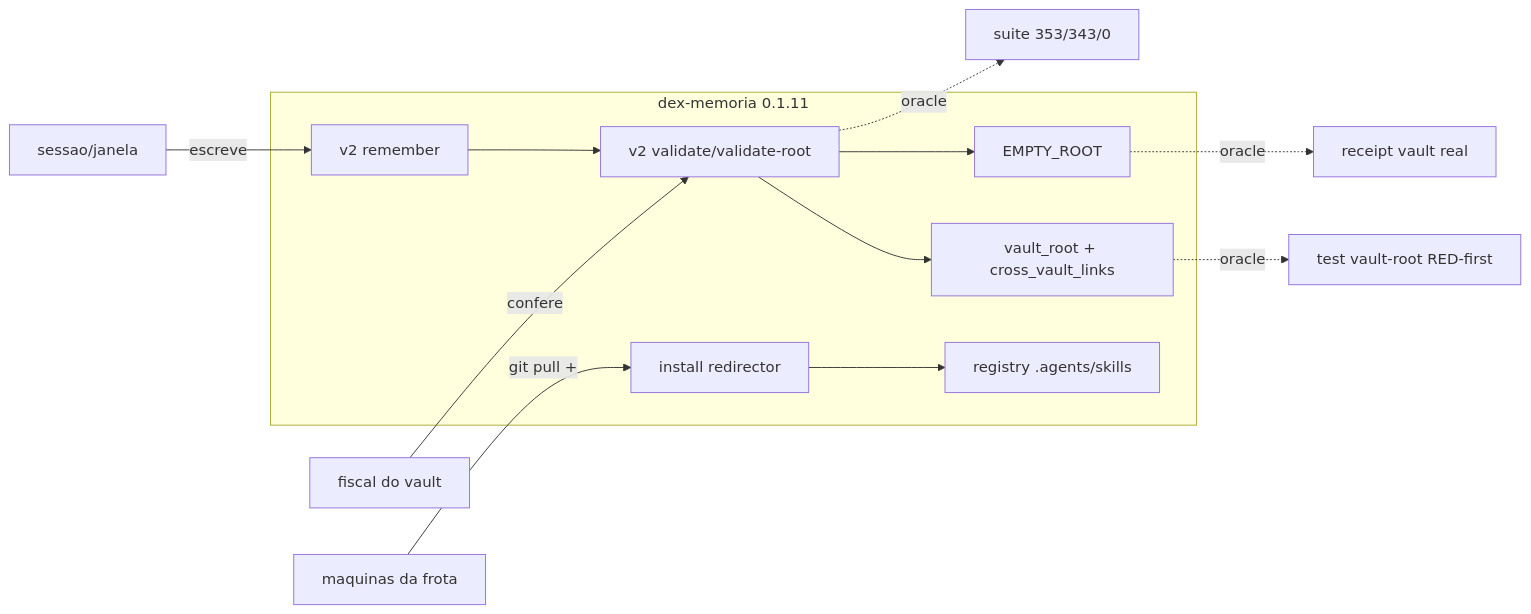
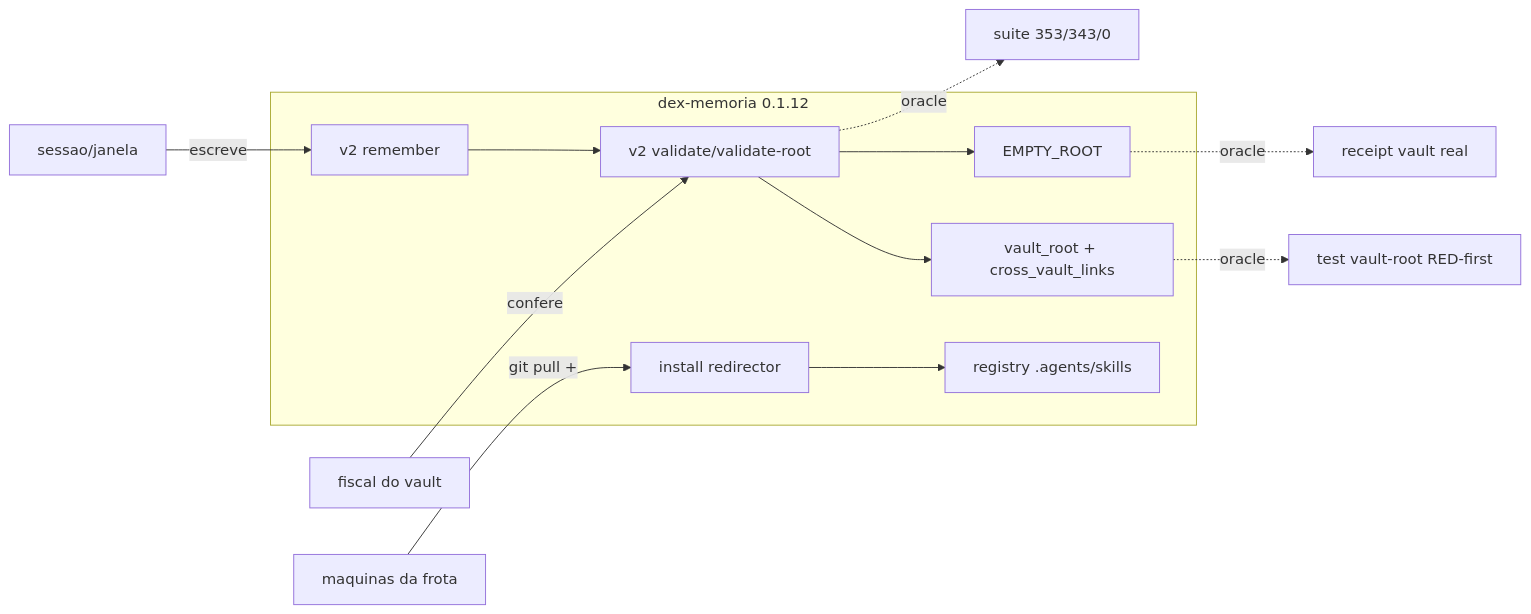
Before and after one commit to dex-agent/dex-memoria: the diagram in CAPACITY.md, drawn with Mermaid. The commit also changed other lines of this file and 8 other files, not shown here.

````diff
--- a/CAPACITY.md
+++ b/CAPACITY.md
@@ -34,15 +34,15 @@
 ```mermaid
 flowchart LR
-  subgraph pacote[dex-memoria 0.1.11]
+  subgraph pacote[dex-memoria 0.1.12]
     REM[v2 remember] --> VAL[v2 validate/validate-root]
     VAL --> VR[vault_root + cross_vault_links]
     VAL --> ER[EMPTY_ROOT]
     INS[install redirector] --> REG[registry .agents/skills]
   end
   SESS[sessao/janela] -->|escreve| REM
   FISC[fiscal do vault] -->|confere| VAL
   FROTA[maquinas da frota] -->|git pull +| INS
   VAL -.->|oracle| TEST[suite 353/343/0]
   VR -.->|oracle| VRT[test vault-root RED-first]
   ER -.->|oracle| REAL[receipt vault real]
 ```
````
